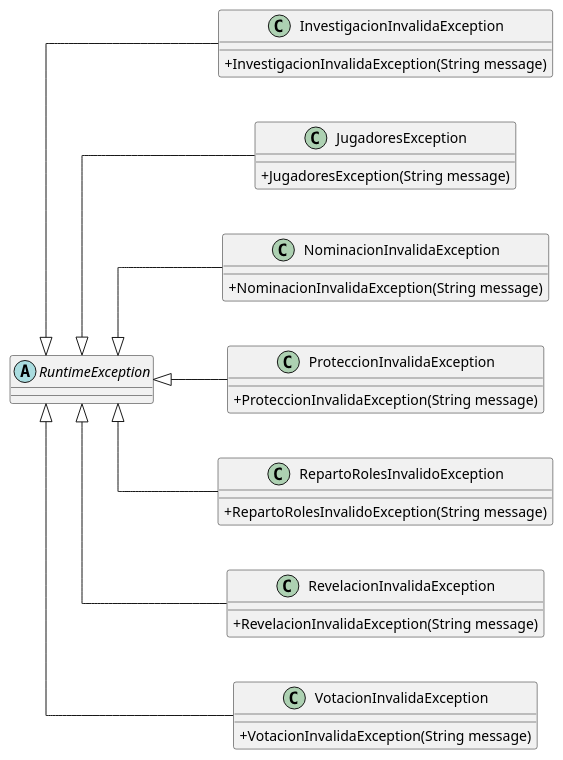
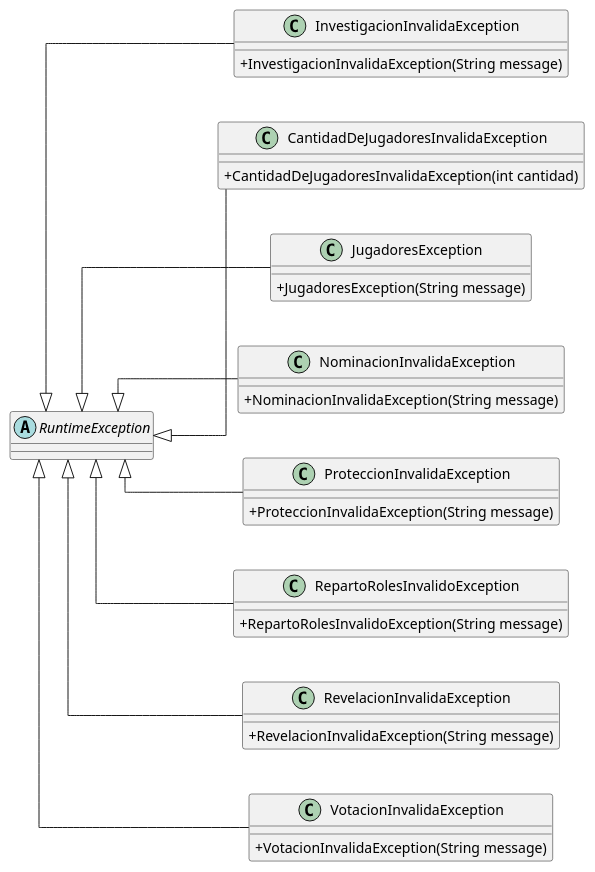
Before and after one commit to MauroCCRS/tp2-1c2026-g7: the diagram in diagramas/modelo-mafia-excepciones.puml, drawn with PlantUML. The commit also changed 2 other files, not shown here.

Commit message:
Actualizar diagramas del modelo
Se alinean los diagramas PlantUML con acciones, capacidades, resultados de votacion y excepciones actuales.

```diff
--- a/diagramas/modelo-mafia-excepciones.puml
+++ b/diagramas/modelo-mafia-excepciones.puml
@@ -1,43 +1,47 @@
 @startuml ModeloMafiaExcepciones
 left to right direction
 skinparam classAttributeIconSize 0
 skinparam linetype ortho
 skinparam nodesep 45
 skinparam ranksep 65
 
 abstract class RuntimeException {
 }
 together{
 class InvestigacionInvalidaException{
   + InvestigacionInvalidaException(String message)
+}
+class CantidadDeJugadoresInvalidaException{
+  + CantidadDeJugadoresInvalidaException(int cantidad)
 }
 
 class JugadoresException{
   + JugadoresException(String message)
 }
 class NominacionInvalidaException{
   + NominacionInvalidaException(String message)
 }
 class ProteccionInvalidaException{
   + ProteccionInvalidaException(String message)
 }
 class RepartoRolesInvalidoException{
   + RepartoRolesInvalidoException(String message)
 }
 class RevelacionInvalidaException{
   + RevelacionInvalidaException(String message)
 }
 class VotacionInvalidaException{
   + VotacionInvalidaException(String message)
 }
 }
 
 RuntimeException <|-- InvestigacionInvalidaException
+RuntimeException <|-- CantidadDeJugadoresInvalidaException
 RuntimeException <|-- JugadoresException
 RuntimeException <|-- NominacionInvalidaException
 RuntimeException <|-- ProteccionInvalidaException
 RuntimeException <|-- RepartoRolesInvalidoException
 RuntimeException <|-- RevelacionInvalidaException
 RuntimeException <|-- VotacionInvalidaException
 
 @enduml
```
